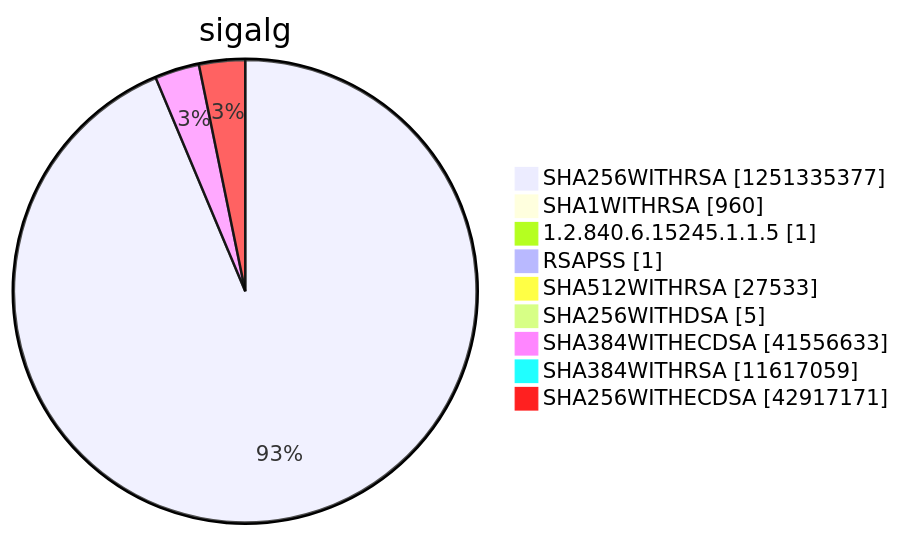
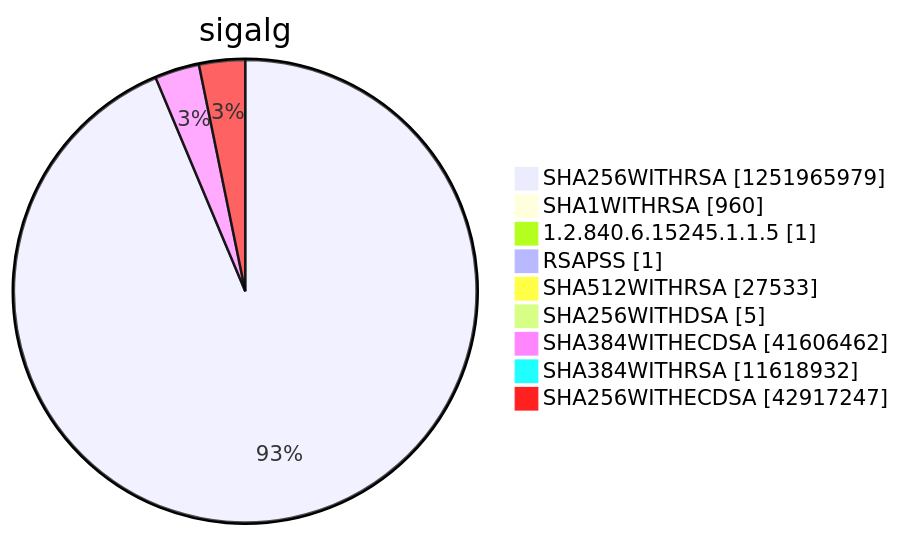
One commit to christiankrug/ctmonitor_visualization changed diagram 15 of 15 in argon2022/README.md. Above: the diagram before and after it, drawn with Mermaid. The commit also changed other lines of this file, not shown here.

````diff
--- a/argon2022/README.md
+++ b/argon2022/README.md
@@ -5522,13 +5522,13 @@
 ```mermaid
 pie showData
 title sigalg
-"SHA256WITHRSA" :1251335377
+"SHA256WITHRSA" :1251965979
 "SHA1WITHRSA" :960
 "1.2.840.6.15245.1.1.5" :1
 "RSAPSS" :1
 "SHA512WITHRSA" :27533
 "SHA256WITHDSA" :5
-"SHA384WITHECDSA" :41556633
-"SHA384WITHRSA" :11617059
-"SHA256WITHECDSA" :42917171
+"SHA384WITHECDSA" :41606462
+"SHA384WITHRSA" :11618932
+"SHA256WITHECDSA" :42917247
 ```
````
